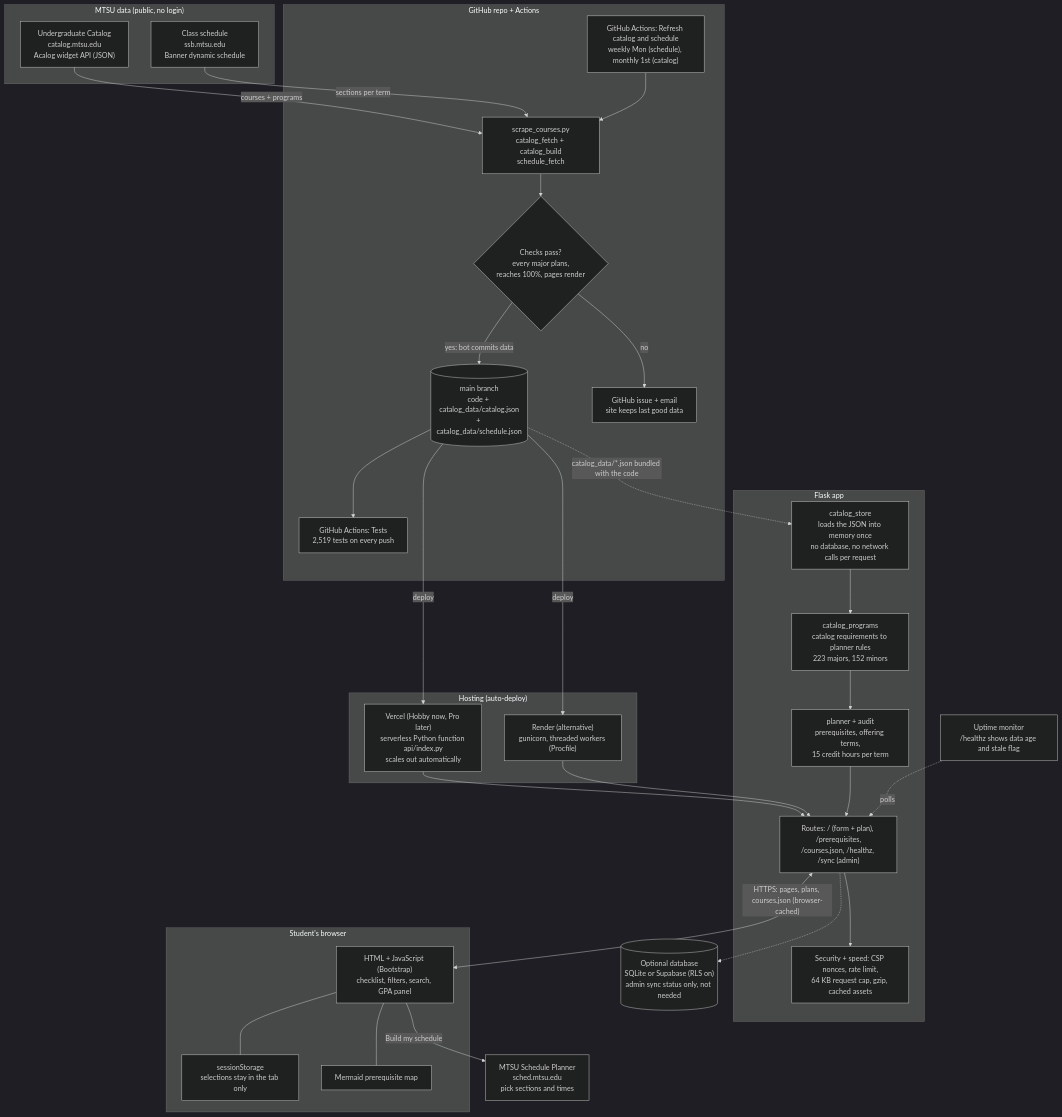
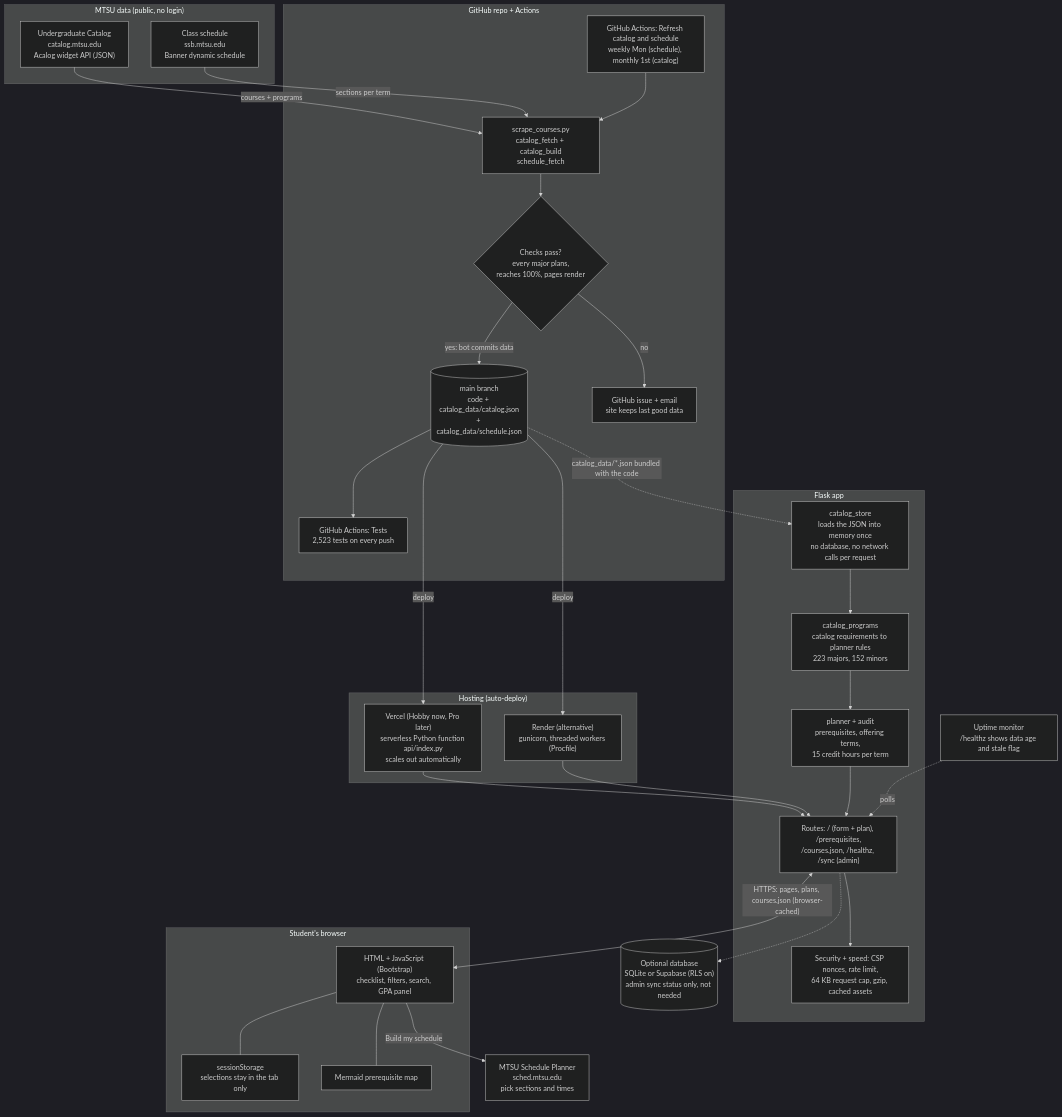
The diagram in README.md (stevenGGG23/MTSU-GradPath), drawn with Mermaid (dark theme) before and after one commit. The commit also changed other lines of this file and 8 other files, not shown here.

````diff
--- a/README.md
+++ b/README.md
@@ -274,60 +276,60 @@
 ```mermaid
 flowchart TB
     subgraph MTSU["MTSU data (public, no login)"]
         CAT["Undergraduate Catalog<br/>catalog.mtsu.edu<br/>Acalog widget API (JSON)"]
         SCH["Class schedule<br/>ssb.mtsu.edu<br/>Banner dynamic schedule"]
     end
 
     subgraph GH["GitHub repo + Actions"]
         REFRESH["GitHub Actions: Refresh catalog and schedule<br/>weekly Mon (schedule), monthly 1st (catalog)"]
         EXPORT["scrape_courses.py<br/>catalog_fetch + catalog_build<br/>schedule_fetch"]
         GATE{"Checks pass?<br/>every major plans,<br/>reaches 100%, pages render"}
         REPO[("main branch<br/>code + catalog_data/catalog.json<br/>+ catalog_data/schedule.json")]
         ISSUE["GitHub issue + email<br/>site keeps last good data"]
-        TESTS["GitHub Actions: Tests<br/>2,519 tests on every push"]
+        TESTS["GitHub Actions: Tests<br/>2,523 tests on every push"]
     end
 
     subgraph HOST["Hosting (auto-deploy)"]
         VERCEL["Vercel (Hobby now, Pro later)<br/>serverless Python function api/index.py<br/>scales out automatically"]
         RENDER["Render (alternative)<br/>gunicorn, threaded workers (Procfile)"]
     end
 
     subgraph APP["Flask app"]
         STORE["catalog_store<br/>loads the JSON into memory once<br/>no database, no network calls per request"]
         CONVERT["catalog_programs<br/>catalog requirements to planner rules<br/>223 majors, 152 minors"]
         PLAN["planner + audit<br/>prerequisites, offering terms,<br/>15 credit hours per term"]
         ROUTES["Routes: / (form + plan), /prerequisites,<br/>/courses.json, /healthz, /sync (admin)"]
         HARDEN["Security + speed: CSP nonces, rate limit,<br/>64 KB request cap, gzip, cached assets"]
     end
 
     subgraph USER["Student's browser"]
         PAGE["HTML + JavaScript (Bootstrap)<br/>checklist, filters, search, GPA panel"]
         LOCAL["sessionStorage<br/>selections stay in the tab only"]
         MERMAID["Mermaid prerequisite map"]
     end
 
     SP["MTSU Schedule Planner<br/>sched.mtsu.edu<br/>pick sections and times"]
 
     DB[("Optional database<br/>SQLite or Supabase (RLS on)<br/>admin sync status only, not needed")]
     MON["Uptime monitor<br/>/healthz shows data age and stale flag"]
 
     CAT -->|"courses + programs"| EXPORT
     SCH -->|"sections per term"| EXPORT
     REFRESH --> EXPORT --> GATE
     GATE -->|"yes: bot commits data"| REPO
     GATE -->|"no"| ISSUE
     REPO --> TESTS
     REPO -->|"deploy"| VERCEL
     REPO -->|"deploy"| RENDER
     VERCEL --> ROUTES
     RENDER --> ROUTES
     ROUTES --> HARDEN
     STORE --> CONVERT --> PLAN --> ROUTES
     REPO -.->|"catalog_data/*.json bundled with the code"| STORE
     ROUTES <-->|"HTTPS: pages, plans, courses.json (browser-cached)"| PAGE
     PAGE --- LOCAL
     PAGE --- MERMAID
     PAGE -->|"Build my schedule"| SP
     ROUTES -.-> DB
     MON -.->|"polls"| ROUTES
 ```
````
